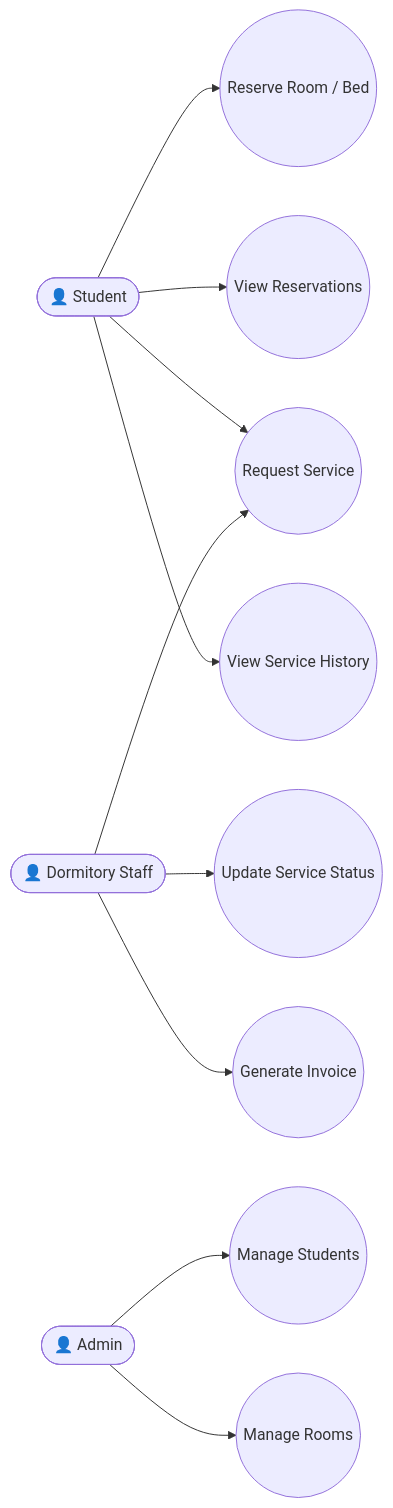
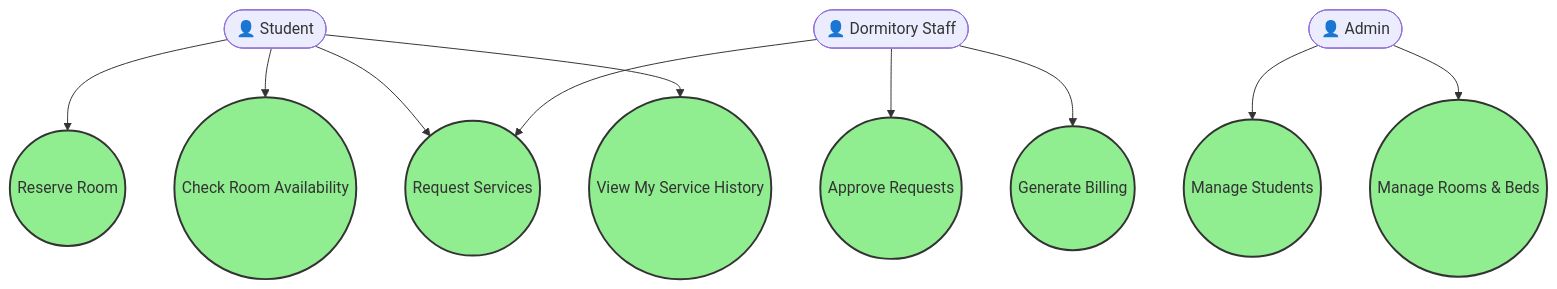
Before and after one commit to najemeh/Dormitory-Management-System: the diagram in docs/usecase_diagram.md, drawn with Mermaid. The commit also changed other lines of this file, not shown here.

````diff
--- a/docs/usecase_diagram.md
+++ b/docs/usecase_diagram.md
@@ -1,35 +1,41 @@
 ```mermaid
-flowchart LR
+flowchart TD
 
     %% Actors
     Student([👤 Student])
     Staff([👤 Dormitory Staff])
     Admin([👤 Admin])
 
-    %% Student Use Cases
-    UC1((Reserve Room / Bed))
-    UC2((View Reservations))
-    UC3((Request Service))
-    UC4((View Service History))
-
-    %% Staff Use Cases
-    UC5((Update Service Status))
-    UC6((Generate Invoice))
-
-    %% Admin Use Cases
+    %% Use Cases
+    UC1((Reserve Room))
+    UC2((Check Room Availability))
+    UC3((Request Services))
+    UC4((View My Service History))
+    UC5((Approve Requests))
+    UC6((Generate Billing))
     UC7((Manage Students))
-    UC8((Manage Rooms))
+    UC8((Manage Rooms & Beds))
 
     %% Connections
     Student --> UC1
     Student --> UC2
     Student --> UC3
     Student --> UC4
 
     Staff --> UC3
     Staff --> UC5
     Staff --> UC6
 
     Admin --> UC7
     Admin --> UC8
+
+    %% Style Use Cases (تمام دایره‌ها سبز)
+    style UC1 fill:#90EE90,stroke:#333,stroke-width:2px
+    style UC2 fill:#90EE90,stroke:#333,stroke-width:2px
+    style UC3 fill:#90EE90,stroke:#333,stroke-width:2px
+    style UC4 fill:#90EE90,stroke:#333,stroke-width:2px
+    style UC5 fill:#90EE90,stroke:#333,stroke-width:2px
+    style UC6 fill:#90EE90,stroke:#333,stroke-width:2px
+    style UC7 fill:#90EE90,stroke:#333,stroke-width:2px
+    style UC8 fill:#90EE90,stroke:#333,stroke-width:2px
 ```
````
